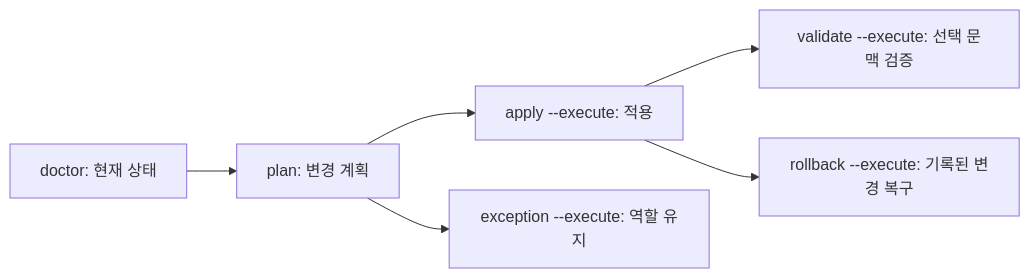
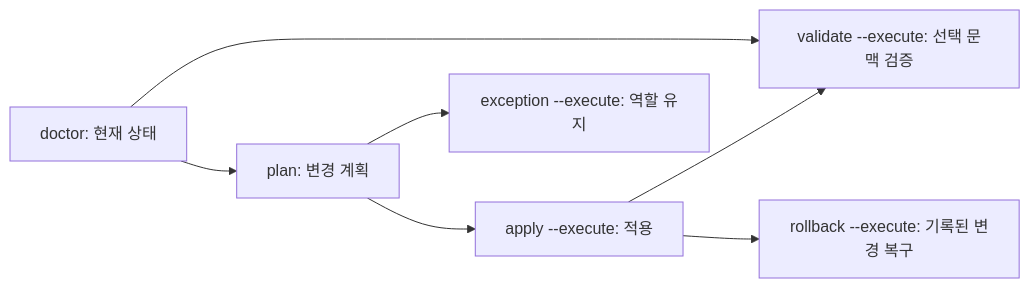
Before and after one commit to tttaliesin/windows-agent-devkit: the diagram in docs/diagnostic-cli.md, drawn with Mermaid. The commit also changed other lines of this file and 38 other files, not shown here.

````diff
--- a/docs/diagnostic-cli.md
+++ b/docs/diagnostic-cli.md
@@ -35,8 +41,9 @@
 ```mermaid
 flowchart LR
     A["doctor: 현재 상태"] --> B["plan: 변경 계획"]
+    A --> D["validate --execute: 선택 문맥 검증"]
     B --> C["apply --execute: 적용"]
-    C --> D["validate --execute: 선택 문맥 검증"]
+    C --> D
     C --> E["rollback --execute: 기록된 변경 복구"]
     B --> F["exception --execute: 역할 유지"]
 ```
````
